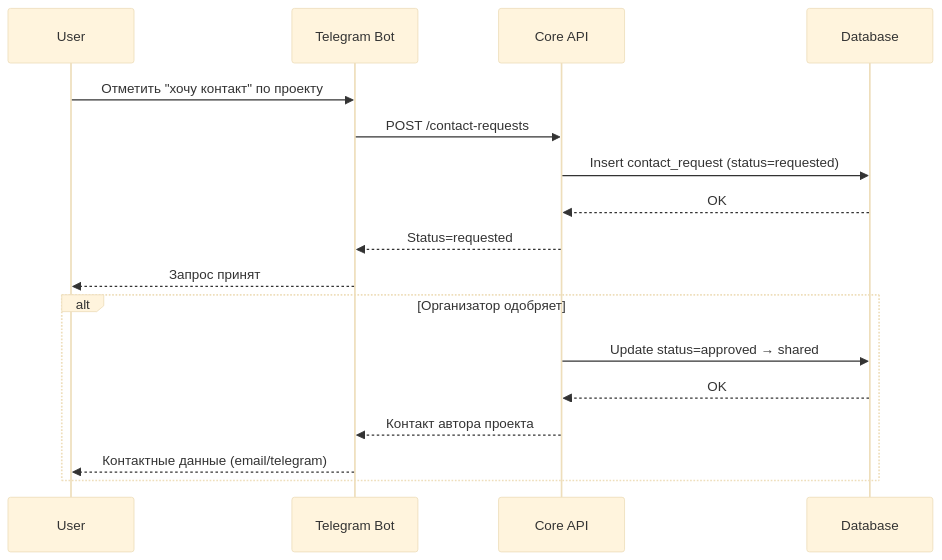
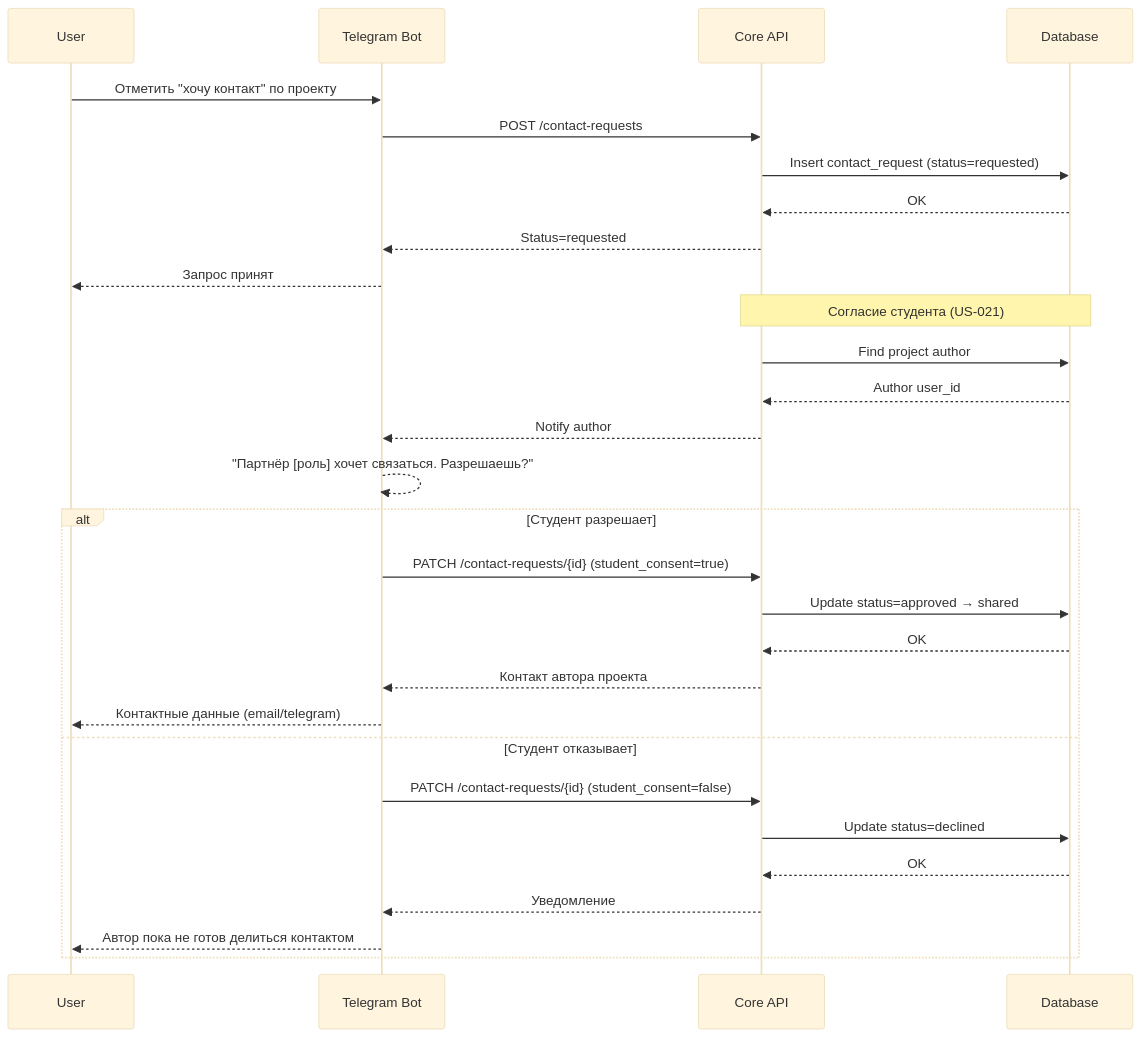
One commit to demoday-ai/eventai-platform changed the fifth of 8 diagrams in docs/02-specification/09-sequence-diagrams.md. Above: the diagram before and after it, drawn with Mermaid (base theme). The commit also changed other lines of this file and 2 other files, not shown here.

````diff
--- a/docs/02-specification/09-sequence-diagrams.md
+++ b/docs/02-specification/09-sequence-diagrams.md
@@ -201,21 +203,34 @@
 ```mermaid
 sequenceDiagram
     participant U as User
     participant B as Telegram Bot
     participant A as Core API
     participant D as Database
 
     U->>B: Отметить "хочу контакт" по проекту
     B->>A: POST /contact-requests
     A->>D: Insert contact_request (status=requested)
     D-->>A: OK
     A-->>B: Status=requested
     B-->>U: Запрос принят
 
-    alt Организатор одобряет
+    Note over A,D: Согласие студента (US-021)
+    A->>D: Find project author
+    D-->>A: Author user_id
+    A-->>B: Notify author
+    B-->>B: "Партнёр [роль] хочет связаться. Разрешаешь?"
+
+    alt Студент разрешает
+        B->>A: PATCH /contact-requests/{id} (student_consent=true)
         A->>D: Update status=approved → shared
         D-->>A: OK
         A-->>B: Контакт автора проекта
         B-->>U: Контактные данные (email/telegram)
+    else Студент отказывает
+        B->>A: PATCH /contact-requests/{id} (student_consent=false)
+        A->>D: Update status=declined
+        D-->>A: OK
+        A-->>B: Уведомление
+        B-->>U: Автор пока не готов делиться контактом
     end
 ```
````
